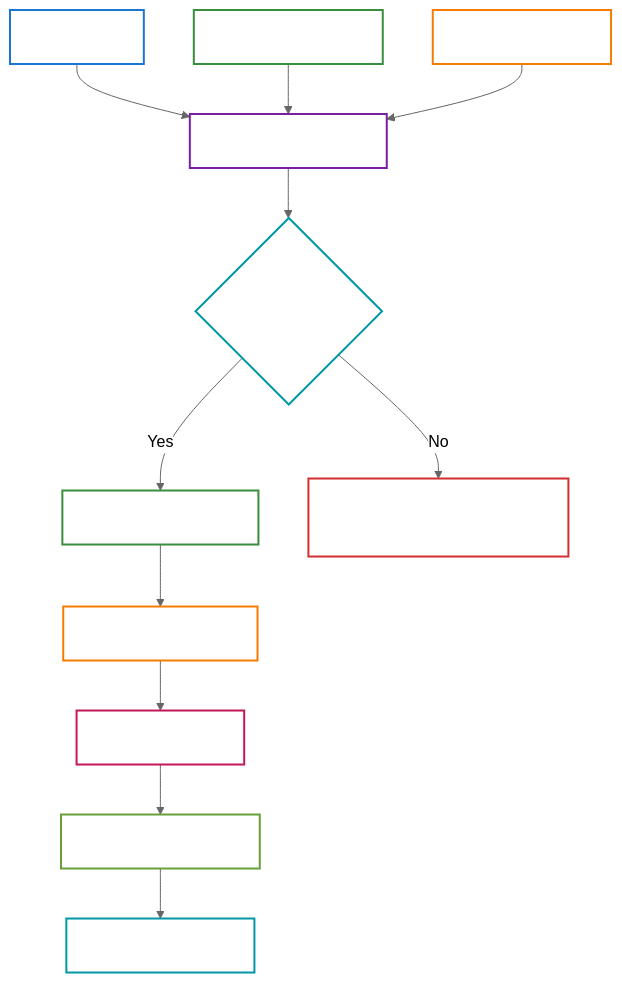
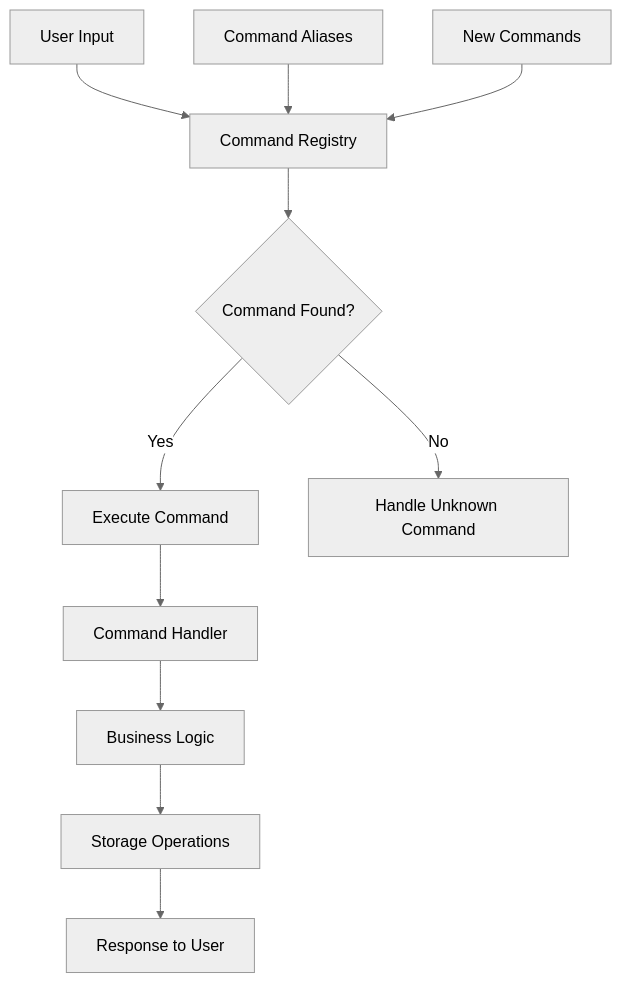
Before and after one commit to eannchen/leetsolv: the fifth of 5 diagrams in README.md, drawn with Mermaid (neutral theme). The commit also changed other lines of this file and 4 other files, not shown here.

````diff
--- a/README.md
+++ b/README.md
@@ -215,28 +324,16 @@
 ```mermaid
 graph TD
     A[User Input] --> B[Command Registry]
     B --> C{Command Found?}
 
     C -->|Yes| D[Execute Command]
     C -->|No| E[Handle Unknown Command]
 
     D --> F[Command Handler]
     F --> G[Business Logic]
     G --> H[Storage Operations]
     H --> I[Response to User]
 
     J[Command Aliases] --> B
     K[New Commands] --> B
-
-    style A fill:#2196F3,fill-opacity:0,stroke:#1976D2,stroke-width:2px,color:#ffffff
-    style B fill:#9C27B0,fill-opacity:0,stroke:#7B1FA2,stroke-width:2px,color:#ffffff
-    style C fill:#00BCD4,fill-opacity:0,stroke:#0097A7,stroke-width:2px,color:#ffffff
-    style D fill:#4CAF50,fill-opacity:0,stroke:#388E3C,stroke-width:2px,color:#ffffff
-    style E fill:#F44336,fill-opacity:0,stroke:#D32F2F,stroke-width:2px,color:#ffffff
-    style F fill:#FF9800,fill-opacity:0,stroke:#F57C00,stroke-width:2px,color:#ffffff
-    style G fill:#E91E63,fill-opacity:0,stroke:#C2185B,stroke-width:2px,color:#ffffff
-    style H fill:#8BC34A,fill-opacity:0,stroke:#689F38,stroke-width:2px,color:#ffffff
-    style I fill:#00BCD4,fill-opacity:0,stroke:#0097A7,stroke-width:2px,color:#ffffff
-    style J fill:#4CAF50,fill-opacity:0,stroke:#388E3C,stroke-width:2px,color:#ffffff
-    style K fill:#FF9800,fill-opacity:0,stroke:#F57C00,stroke-width:2px,color:#ffffff
 ```
````
